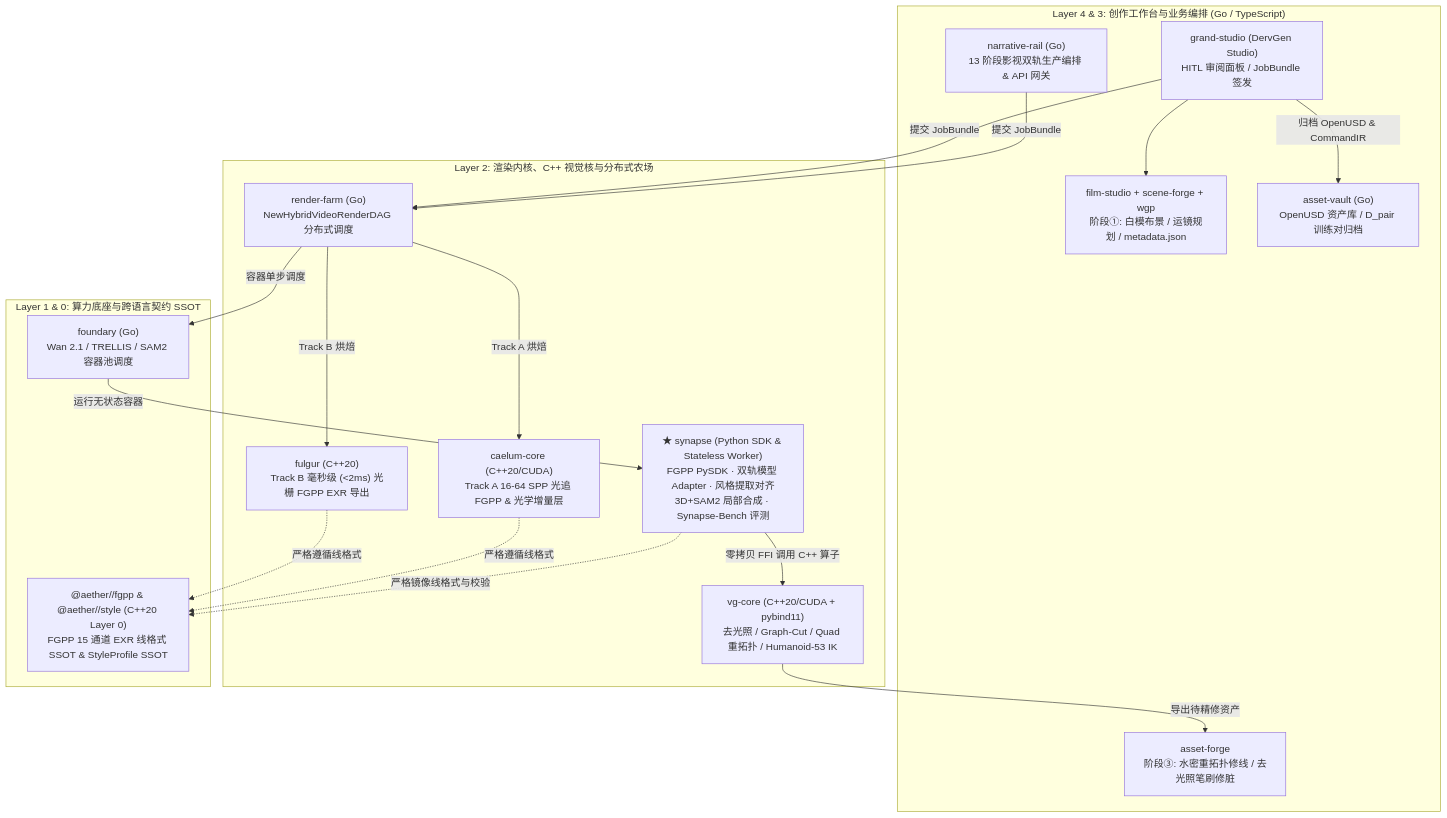
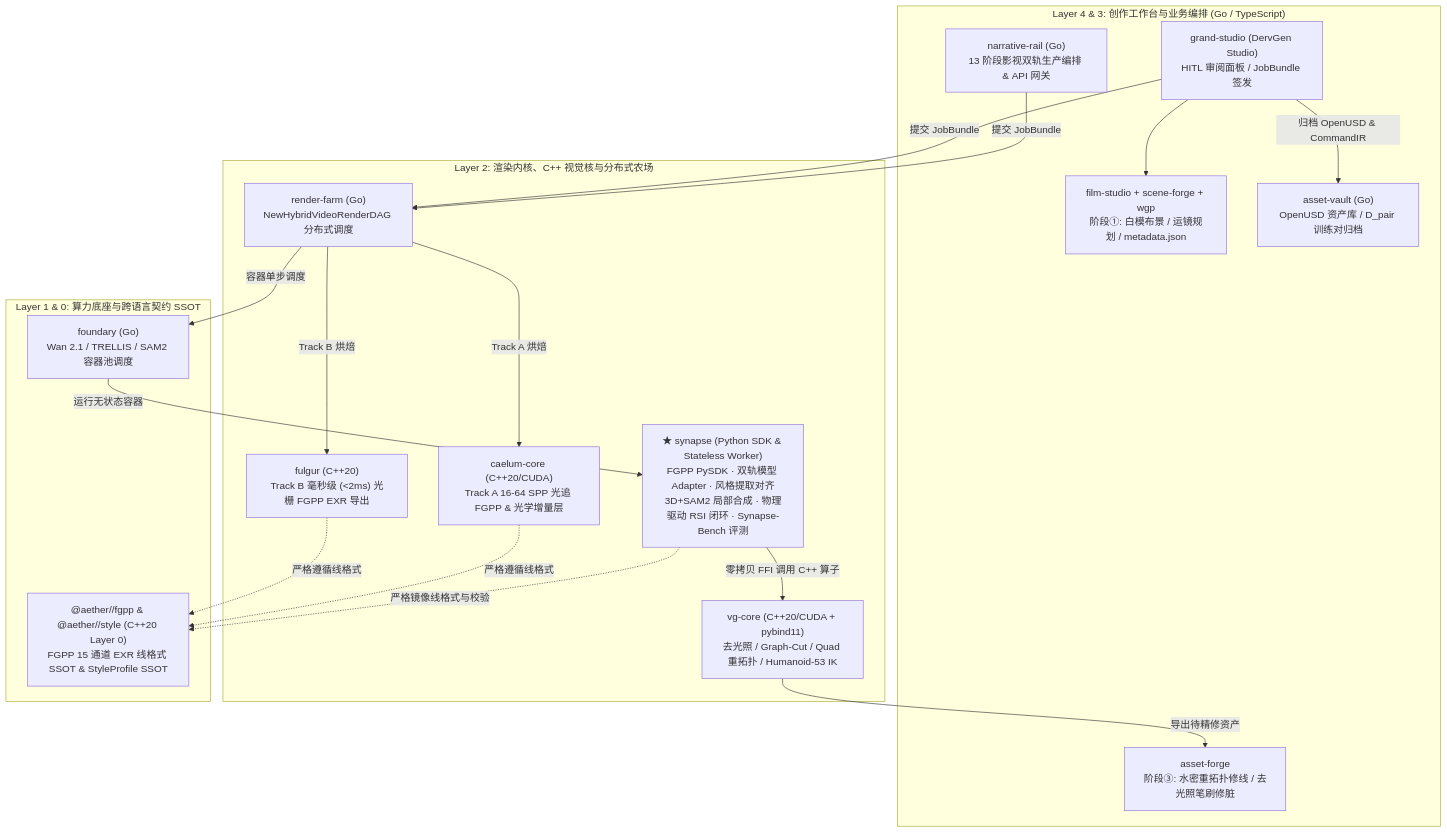
The diagram in docs/AUDIT_AND_ARCHITECTURE.md (sautille-stroke/synapse), drawn with Mermaid before and after one commit. The commit also changed other lines of this file and 5 other files, not shown here.

````diff
--- a/docs/AUDIT_AND_ARCHITECTURE.md
+++ b/docs/AUDIT_AND_ARCHITECTURE.md
@@ -49,37 +50,37 @@
 ```mermaid
 flowchart TD
     subgraph L4_L3 ["Layer 4 & 3: 创作工作台与业务编排 (Go / TypeScript)"]
         GS["grand-studio (DervGen Studio)<br/>HITL 审阅面板 / JobBundle 签发"]
         FS_SF["film-studio + scene-forge + wgp<br/>阶段①: 白模布景 / 运镜规划 / metadata.json"]
         AF["asset-forge<br/>阶段③: 水密重拓扑修线 / 去光照笔刷修脏"]
         NR["narrative-rail (Go)<br/>13 阶段影视双轨生产编排 & API 网关"]
         AV["asset-vault (Go)<br/>OpenUSD 资产库 / D_pair 训练对归档"]
     end
 
     subgraph L2_Compute ["Layer 2: 渲染内核、C++ 视觉核与分布式农场"]
         RF["render-farm (Go)<br/>NewHybridVideoRenderDAG 分布式调度"]
         FUL["fulgur (C++20)<br/>Track B 毫秒级 (<2ms) 光栅 FGPP EXR 导出"]
         CC["caelum-core (C++20/CUDA)<br/>Track A 16-64 SPP 光追 FGPP & 光学增量层"]
         VG["vg-core (C++20/CUDA + pybind11)<br/>去光照 / Graph-Cut / Quad 重拓扑 / Humanoid-53 IK"]
-        SYN["★ synapse (Python SDK & Stateless Worker)<br/>FGPP PySDK · 双轨模型 Adapter · 风格提取对齐<br/>3D+SAM2 局部合成 · Synapse-Bench 评测"]
+        SYN["★ synapse (Python SDK & Stateless Worker)<br/>FGPP PySDK · 双轨模型 Adapter · 风格提取对齐<br/>3D+SAM2 局部合成 · 物理驱动 RSI 闭环 · Synapse-Bench 评测"]
     end
 
     subgraph L1_L0 ["Layer 1 & 0: 算力底座与跨语言契约 SSOT"]
         FD["foundary (Go)<br/>Wan 2.1 / TRELLIS / SAM2 容器池调度"]
         AE["@aether//fgpp & @aether//style (C++20 Layer 0)<br/>FGPP 15 通道 EXR 线格式 SSOT & StyleProfile SSOT"]
     end
 
     GS --> FS_SF
     GS -->|"提交 JobBundle"| RF
     NR -->|"提交 JobBundle"| RF
     RF -->|"Track B 烘焙"| FUL
     RF -->|"Track A 烘焙"| CC
     RF -->|"容器单步调度"| FD
     FD -->|"运行无状态容器"| SYN
     SYN -->|"零拷贝 FFI 调用 C++ 算子"| VG
     VG -->|"导出待精修资产"| AF
     FUL -.->|"严格遵循线格式"| AE
     CC -.->|"严格遵循线格式"| AE
     SYN -.->|"严格镜像线格式与校验"| AE
     GS -->|"归档 OpenUSD & CommandIR"| AV
 ```
````
